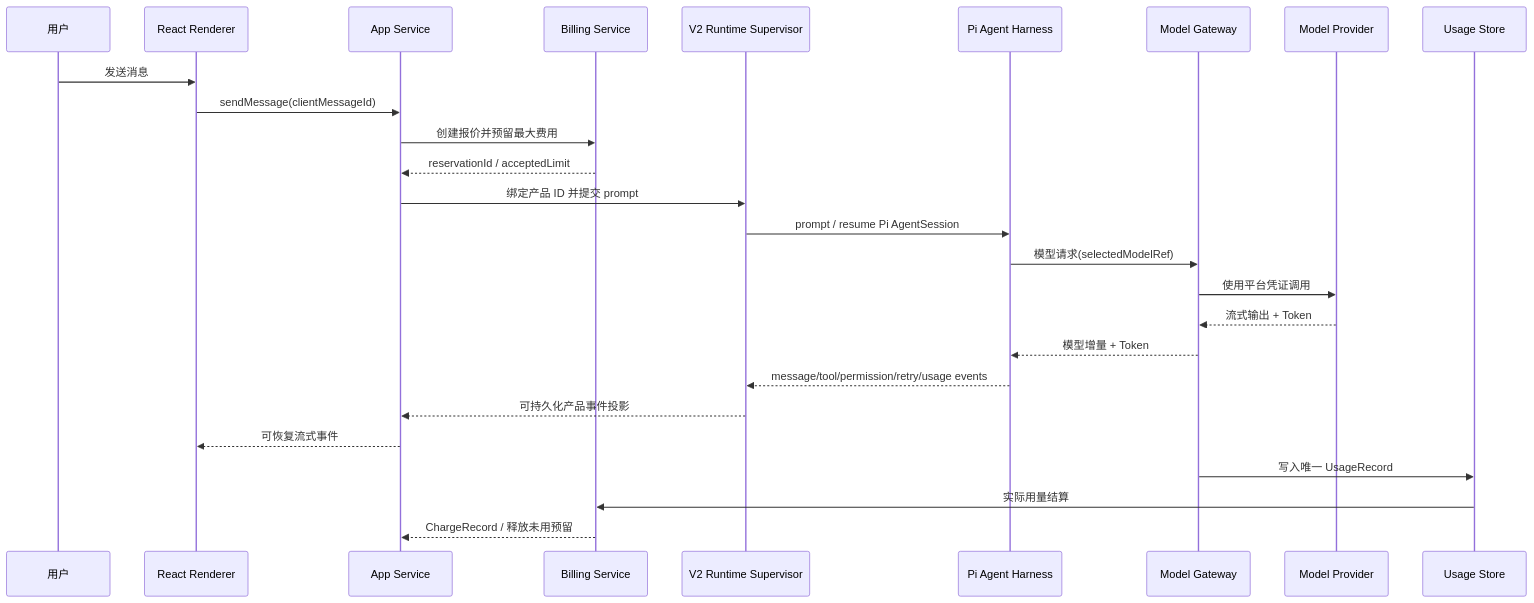
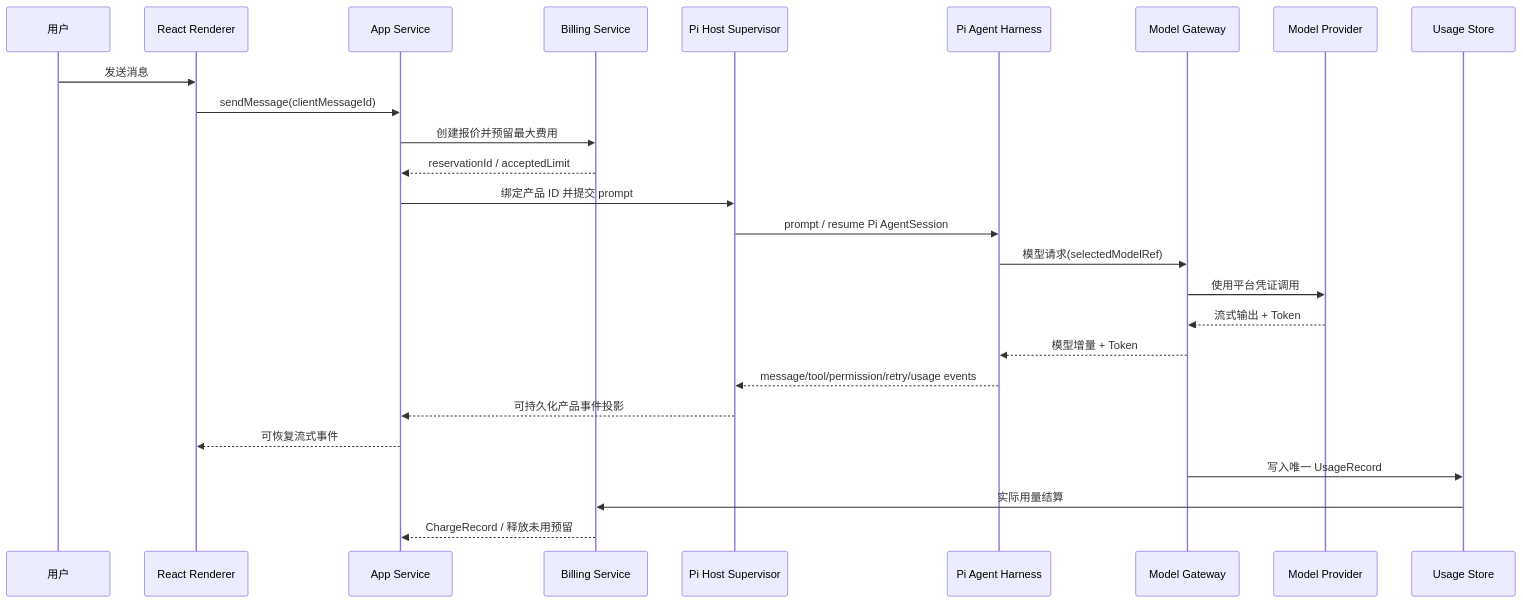
Before and after one commit to openerserver/openerx: the third of 4 diagrams in docs/v2/14-overall-architecture.md, drawn with Mermaid. The commit also changed other lines of this file and 81 other files, not shown here.

````diff
--- a/docs/v2/14-overall-architecture.md
+++ b/docs/v2/14-overall-architecture.md
@@ -145,29 +149,29 @@
 ```mermaid
 sequenceDiagram
   participant U as 用户
   participant UI as React Renderer
   participant APP as App Service
   participant BILL as Billing Service
-  participant SUP as V2 Runtime Supervisor
+  participant SUP as Pi Host Supervisor
   participant PI as Pi Agent Harness
   participant GW as Model Gateway
   participant MODEL as Model Provider
   participant USAGE as Usage Store
 
   U->>UI: 发送消息
   UI->>APP: sendMessage(clientMessageId)
   APP->>BILL: 创建报价并预留最大费用
   BILL-->>APP: reservationId / acceptedLimit
   APP->>SUP: 绑定产品 ID 并提交 prompt
   SUP->>PI: prompt / resume Pi AgentSession
   PI->>GW: 模型请求(selectedModelRef)
   GW->>MODEL: 使用平台凭证调用
   MODEL-->>GW: 流式输出 + Token
   GW-->>PI: 模型增量 + Token
   PI-->>SUP: message/tool/permission/retry/usage events
   SUP-->>APP: 可持久化产品事件投影
   APP-->>UI: 可恢复流式事件
   GW->>USAGE: 写入唯一 UsageRecord
   USAGE->>BILL: 实际用量结算
   BILL-->>APP: ChargeRecord / 释放未用预留
 ```
````
